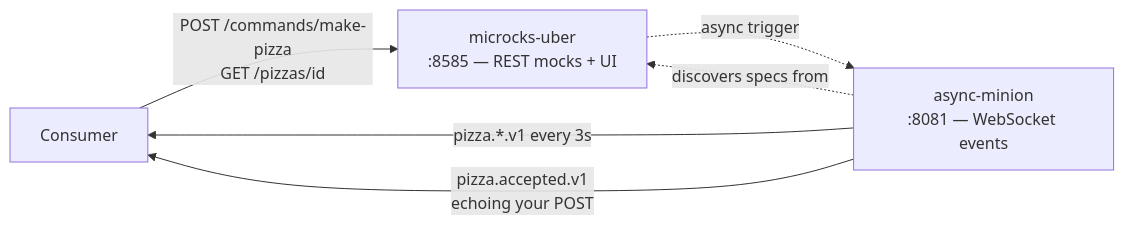
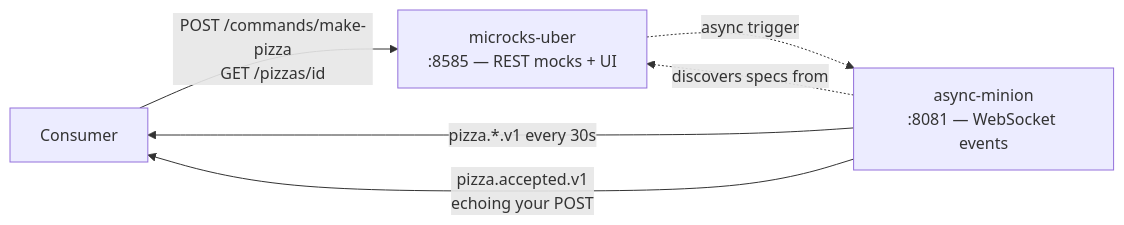
The third of 3 diagrams in README.md (hungovercoders/pizza-pattern), drawn with Mermaid before and after one commit. The commit also changed other lines of this file and 3 other files, not shown here.

````diff
--- a/README.md
+++ b/README.md
@@ -67,11 +67,11 @@
 ```mermaid
 flowchart LR
     C[Consumer]
     M["microcks-uber<br/>:8585 — REST mocks + UI"]
     A["async-minion<br/>:8081 — WebSocket events"]
     C -->|POST /commands/make-pizza<br/>GET /pizzas/id| M
-    A -->|pizza.*.v1 every 3s| C
+    A -->|pizza.*.v1 every 30s| C
     A -->|pizza.accepted.v1<br/>echoing your POST| C
     M -.async trigger.-> A
     A -.discovers specs from.-> M
 ```
````
